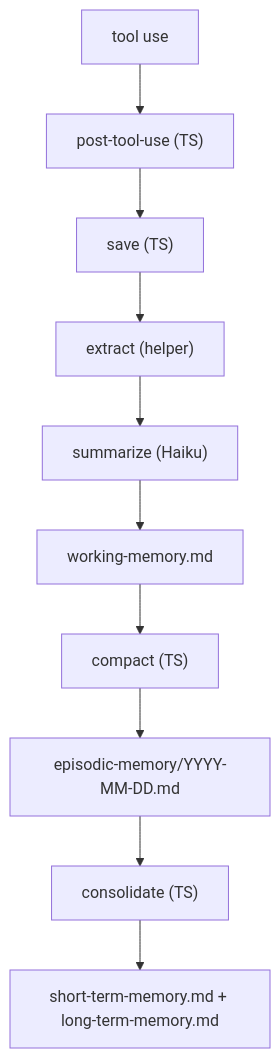
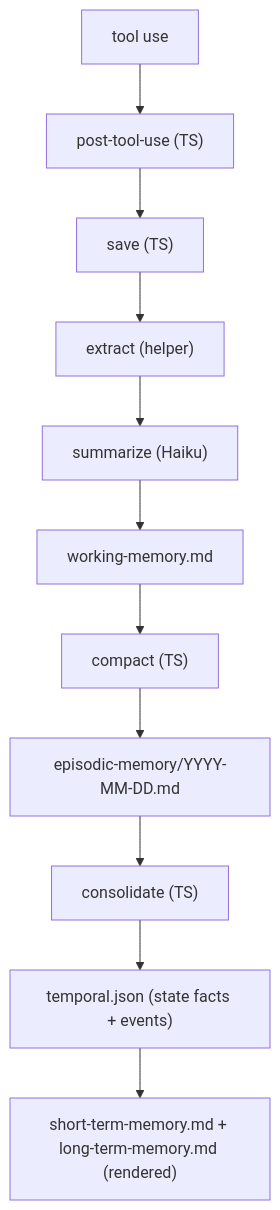
The diagram in README.md (nxsflow/claude-memory), drawn with Mermaid before and after one commit. The commit also changed other lines of this file and 1 other file, not shown here.

````diff
--- a/README.md
+++ b/README.md
@@ -55,12 +55,13 @@
 ```mermaid
 flowchart TD
     A["tool use"] --> B["post-tool-use (TS)"]
     B --> C["save (TS)"]
     C --> D["extract (helper)"]
     D --> E["summarize (Haiku)"]
     E --> F["working-memory.md"]
     F --> G["compact (TS)"]
     G --> H["episodic-memory/YYYY-MM-DD.md"]
     H --> I["consolidate (TS)"]
-    I --> J["short-term-memory.md + long-term-memory.md"]
+    I --> J["temporal.json (state facts + events)"]
+    J --> K["short-term-memory.md + long-term-memory.md (rendered)"]
 ```
````
